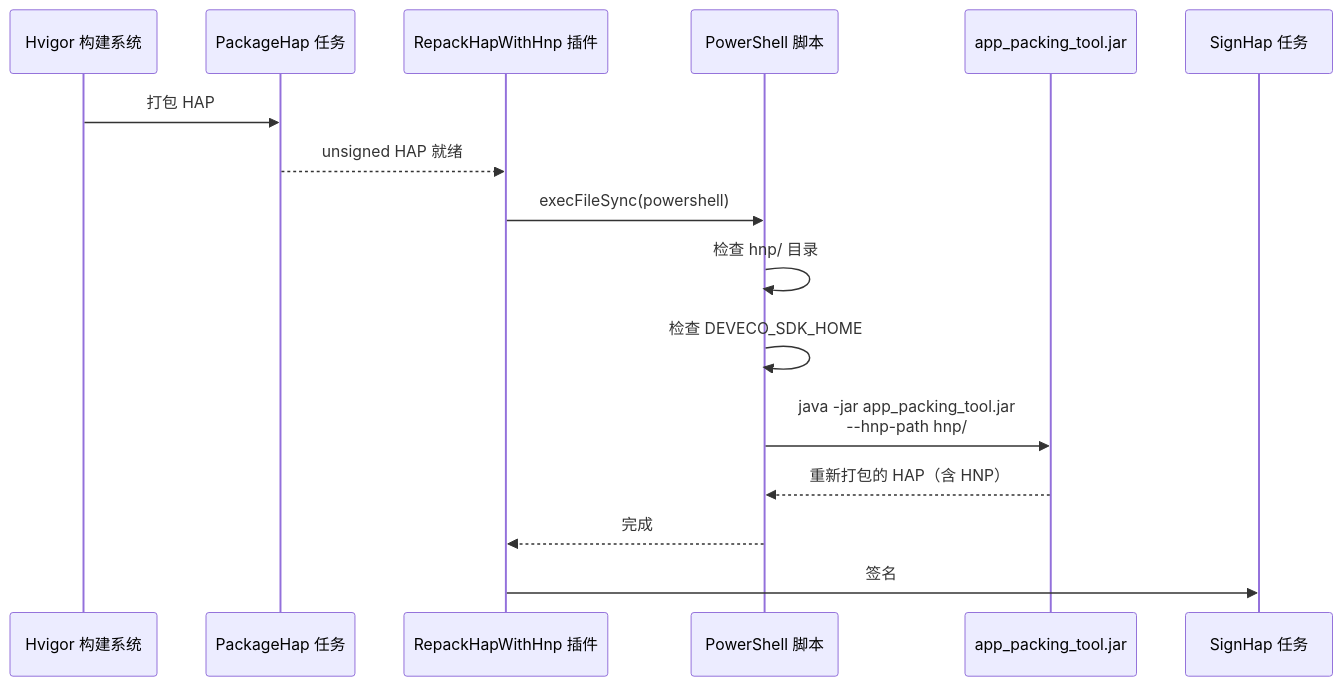
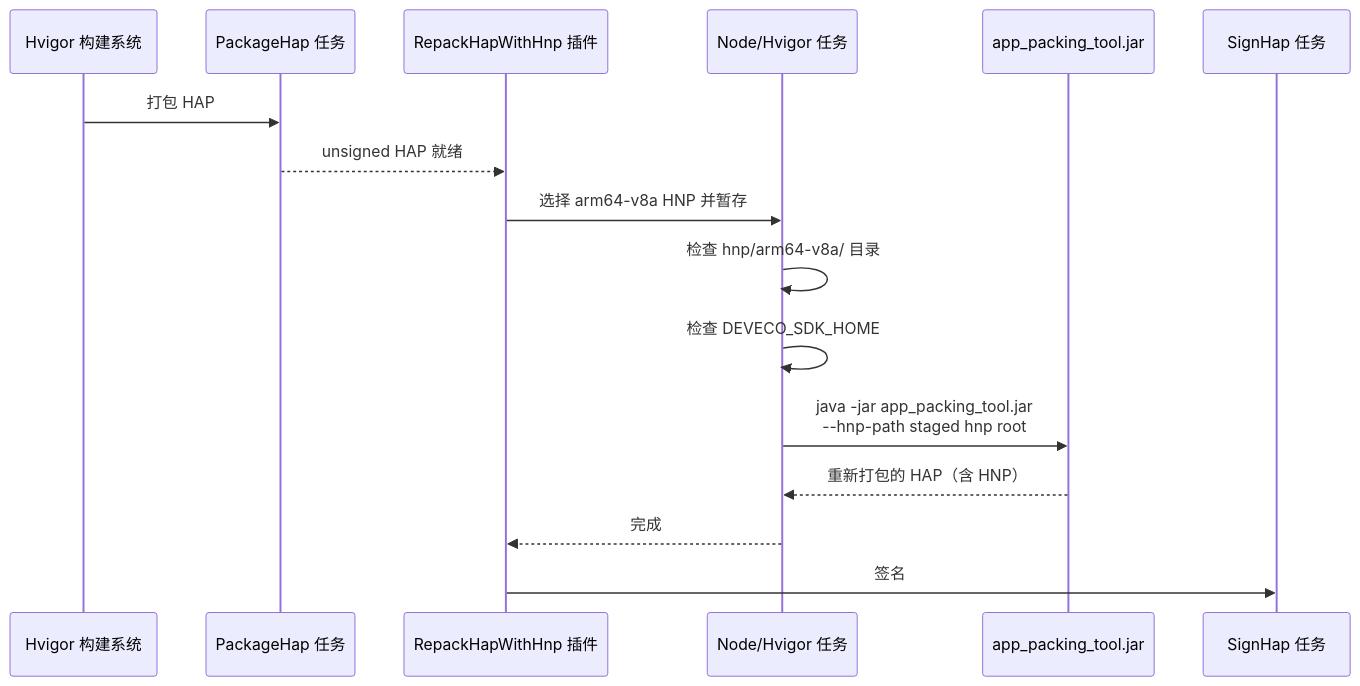
The tenth of 12 diagrams in README.md (Multi-V-VM/CodifyOne-OH), drawn with Mermaid before and after one commit. The commit also changed other lines of this file and 29 other files, not shown here.

````diff
--- a/README.md
+++ b/README.md
@@ -763,19 +743,19 @@
 ```mermaid
 sequenceDiagram
     participant HV as Hvigor 构建系统
     participant PH as PackageHap 任务
     participant RH as RepackHapWithHnp 插件
-    participant PS as PowerShell 脚本
+    participant JS as Node/Hvigor 任务
     participant JT as app_packing_tool.jar
     participant SH as SignHap 任务
 
     HV->>PH: 打包 HAP
     PH-->>RH: unsigned HAP 就绪
-    RH->>PS: execFileSync(powershell)
-    PS->>PS: 检查 hnp/ 目录
-    PS->>PS: 检查 DEVECO_SDK_HOME
-    PS->>JT: java -jar app_packing_tool.jar<br/>--hnp-path hnp/
-    JT-->>PS: 重新打包的 HAP（含 HNP）
-    PS-->>RH: 完成
+    RH->>JS: 选择 arm64-v8a HNP 并暂存
+    JS->>JS: 检查 hnp/arm64-v8a/ 目录
+    JS->>JS: 检查 DEVECO_SDK_HOME
+    JS->>JT: java -jar app_packing_tool.jar<br/>--hnp-path staged hnp root
+    JT-->>JS: 重新打包的 HAP（含 HNP）
+    JS-->>RH: 完成
     RH->>SH: 签名
 ```
````
